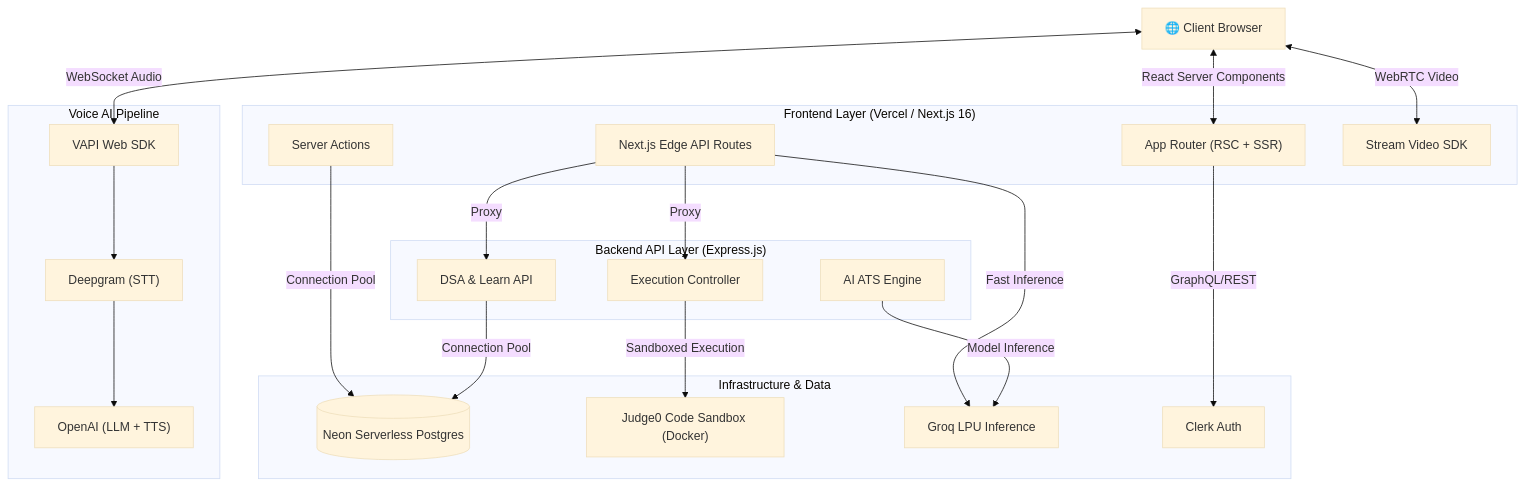
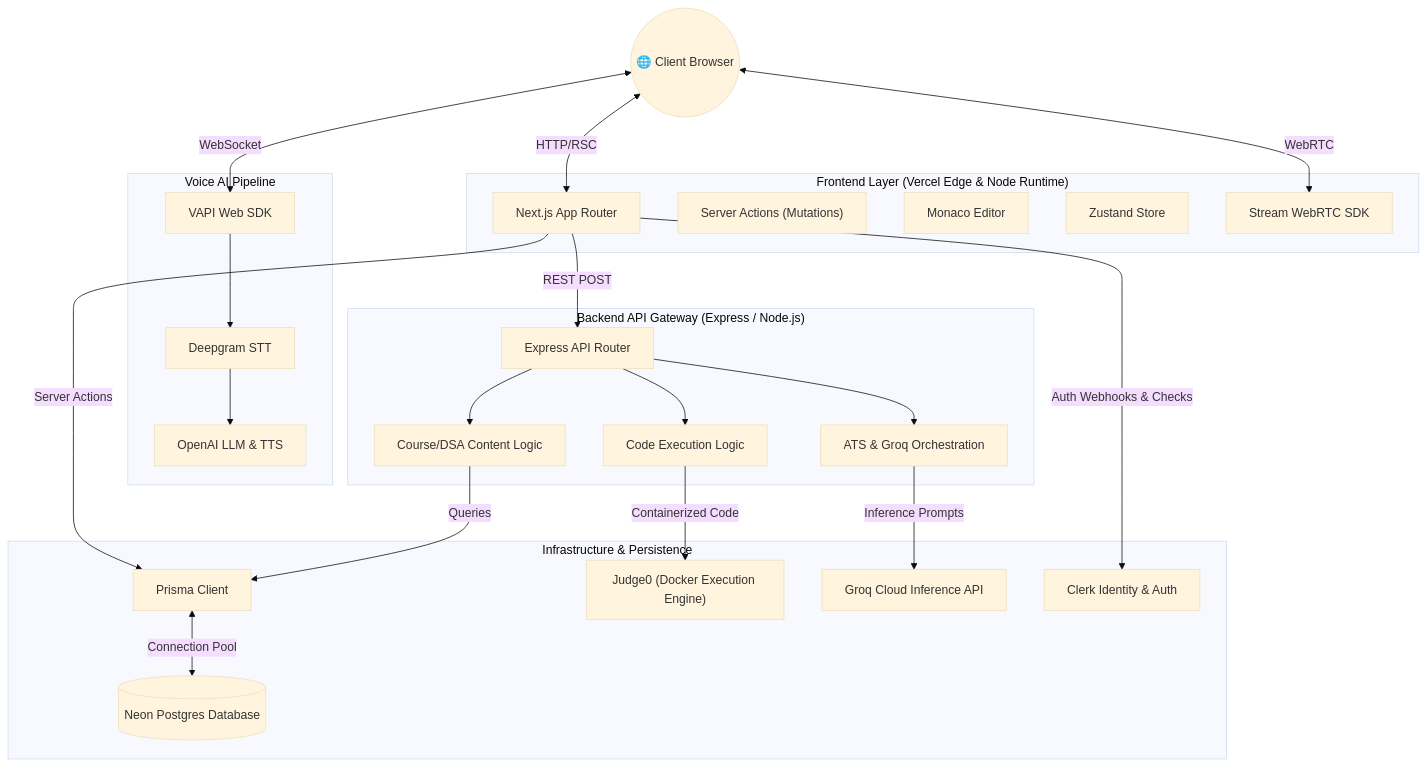
One commit to YashPanwar1408/prep-wise changed the diagram in README.md. Above: the diagram before and after it, drawn with Mermaid (base theme). The commit also changed other lines of this file and 2 other files, not shown here.

````diff
--- a/README.md
+++ b/README.md
@@ -29,47 +68,57 @@
 ```mermaid
 graph TD
-    User["🌐 Client Browser"]
+    %% Define User
+    User(("🌐 Client Browser"))
 
-    subgraph "Frontend Layer (Vercel / Next.js 16)"
-        AppRouter["App Router (RSC + SSR)"]
-        ServerActions["Server Actions"]
-        APIRoutes["Next.js Edge API Routes"]
-        WebRTC["Stream Video SDK"]
+    %% Frontend Block
+    subgraph "Frontend Layer (Vercel Edge & Node Runtime)"
+        Next["Next.js App Router"]
+        ServerActions["Server Actions (Mutations)"]
+        Monaco["Monaco Editor"]
+        ResumeZustand["Zustand Store"]
+        StreamSDK["Stream WebRTC SDK"]
     end
 
+    %% AI Integrations
     subgraph "Voice AI Pipeline"
         VapiSDK["VAPI Web SDK"]
-        Deepgram["Deepgram (STT)"]
-        OpenAI["OpenAI (LLM + TTS)"]
+        Deepgram["Deepgram STT"]
+        OpenAIMdl["OpenAI LLM & TTS"]
     end
 
-    subgraph "Backend API Layer (Express.js)"
-        CodeRunner["Execution Controller"]
-        ATSScorer["AI ATS Engine"]
-        ContentAPI["DSA & Learn API"]
+    %% Backend Block
+    subgraph "Backend API Gateway (Express / Node.js)"
+        Express["Express API Router"]
+        ExecController["Code Execution Logic"]
+        ATSController["ATS & Groq Orchestration"]
+        DataController["Course/DSA Content Logic"]
     end
 
-    subgraph "Infrastructure & Data"
-        NeonDB[("Neon Serverless Postgres")]
-        Judge0["Judge0 Code Sandbox (Docker)"]
-        Groq["Groq LPU Inference"]
-        Clerk["Clerk Auth"]
+    %% Infrastructure Block
+    subgraph "Infrastructure & Persistence"
+        NeonDB[("Neon Postgres Database")]
+        PrismaORM["Prisma Client"]
+        Judge0["Judge0 (Docker Execution Engine)"]
+        GroqCloud["Groq Cloud Inference API"]
+        ClerkAuth["Clerk Identity & Auth"]
     end
 
-    User <-->|React Server Components| AppRouter
-    User <-->|WebSocket Audio| VapiSDK
-    User <-->|WebRTC Video| WebRTC
+    %% Connections
+    User <-->|HTTP/RSC| Next
+    User <-->|WebSocket| VapiSDK
+    User <-->|WebRTC| StreamSDK
     
-    AppRouter -->|GraphQL/REST| Clerk
-    ServerActions -->|Connection Pool| NeonDB
-    APIRoutes -->|Proxy| CodeRunner
-    APIRoutes -->|Proxy| ContentAPI
-    APIRoutes -->|Fast Inference| Groq
+    Next -->|Auth Webhooks & Checks| ClerkAuth
+    Next -->|Server Actions| PrismaORM
+    Next -->|REST POST| Express
     
-    VapiSDK --> Deepgram
-    Deepgram --> OpenAI
+    Express --> ExecController & ATSController & DataController
     
-    CodeRunner -->|Sandboxed Execution| Judge0
-    ATSScorer -->|Model Inference| Groq
-    ContentAPI -->|Connection Pool| NeonDB
+    ExecController -->|Containerized Code| Judge0
+    ATSController -->|Inference Prompts| GroqCloud
+    DataController -->|Queries| PrismaORM
+    
+    PrismaORM <-->|Connection Pool| NeonDB
+    
+    VapiSDK --> Deepgram --> OpenAIMdl
 ```
````
